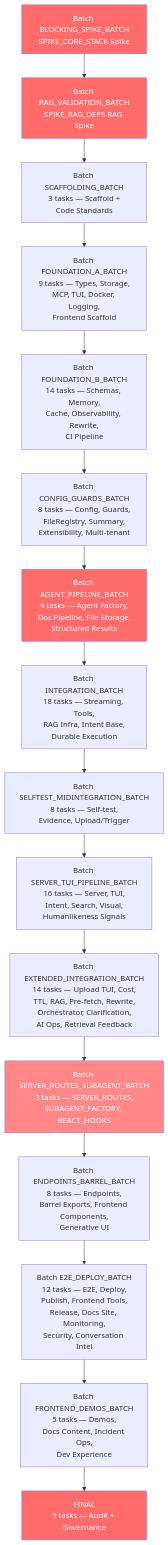
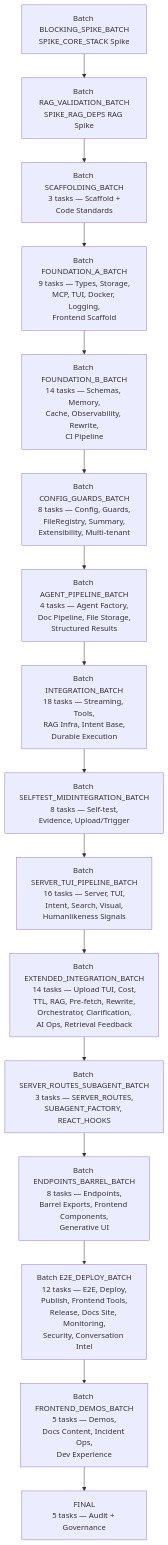
The fourth of 10 diagrams in plan/execution.md (1qh/safeagent), drawn with Mermaid before and after one commit. The commit also changed other lines of this file and 43 other files, not shown here.

Commit message:
Phase 3 compression: strip non-semantic separators and Mermaid style metadata

````diff
--- a/plan/execution.md
+++ b/plan/execution.md
@@ -502,27 +456,22 @@
 ```mermaid
 graph TB
     BATCH_SPIKE["Batch BLOCKING_SPIKE_BATCH<br/>SPIKE_CORE_STACK Spike"]
     BATCH_RAG_SPIKE["Batch RAG_VALIDATION_BATCH<br/>SPIKE_RAG_DEPS RAG Spike"]
     BATCH_SCAFFOLD["Batch SCAFFOLDING_BATCH<br/>3 tasks — Scaffold +<br/>Code Standards"]
     BATCH_TYPES_STORAGE["Batch FOUNDATION_A_BATCH<br/>9 tasks — Types, Storage,<br/>MCP, TUI, Docker, Logging,<br/>Frontend Scaffold"]
     BATCH_SCHEMAS_MEMORY["Batch FOUNDATION_B_BATCH<br/>14 tasks — Schemas, Memory,<br/>Cache, Observability, Rewrite,<br/>CI Pipeline"]
     BATCH_CONFIG_GUARDS["Batch CONFIG_GUARDS_BATCH<br/>8 tasks — Config, Guards,<br/>FileRegistry, Summary,<br/>Extensibility, Multi-tenant"]
     BATCH_AGENT_DOCS["Batch AGENT_PIPELINE_BATCH<br/>4 tasks — Agent Factory,<br/>Doc Pipeline, File Storage,<br/>Structured Results"]
     BATCH_STREAMING_TOOLS["Batch INTEGRATION_BATCH<br/>18 tasks — Streaming, Tools,<br/>RAG Infra, Intent Base,<br/>Durable Execution"]
     BATCH_EVIDENCE_UPLOAD["Batch SELFTEST_MIDINTEGRATION_BATCH<br/>8 tasks — Self-test,<br/>Evidence, Upload/Trigger"]
     BATCH_SERVER_TUI["Batch SERVER_TUI_PIPELINE_BATCH<br/>16 tasks — Server, TUI,<br/>Intent, Search, Visual,<br/>Humanlikeness Signals"]
     BATCH_UPLOAD_COST["Batch EXTENDED_INTEGRATION_BATCH<br/>14 tasks — Upload TUI, Cost,<br/>TTL, RAG, Pre-fetch, Rewrite,<br/>Orchestrator, Clarification,<br/>AI Ops, Retrieval Feedback"]
     BATCH_ROUTES_SUBAGENT["Batch SERVER_ROUTES_SUBAGENT_BATCH<br/>3 tasks — SERVER_ROUTES,<br/>SUBAGENT_FACTORY, REACT_HOOKS"]
     BATCH_ENDPOINTS["Batch ENDPOINTS_BARREL_BATCH<br/>8 tasks — Endpoints,<br/>Barrel Exports, Frontend Components,<br/>Generative UI"]
     BATCH_END_TO_END_DEPLOY["Batch E2E_DEPLOY_BATCH<br/>12 tasks — E2E, Deploy,<br/>Publish, Frontend Tools,<br/>Release, Docs Site, Monitoring,<br/>Security, Conversation Intel"]
     BATCH_FRONTEND_DEMOS["Batch FRONTEND_DEMOS_BATCH<br/>5 tasks — Demos,<br/>Docs Content, Incident Ops,<br/>Dev Experience"]
     BATCH_FINAL_AUDIT["FINAL<br/>5 tasks — Audit + Governance"]
 
     BATCH_SPIKE --> BATCH_RAG_SPIKE --> BATCH_SCAFFOLD --> BATCH_TYPES_STORAGE --> BATCH_SCHEMAS_MEMORY --> BATCH_CONFIG_GUARDS --> BATCH_AGENT_DOCS --> BATCH_STREAMING_TOOLS --> BATCH_EVIDENCE_UPLOAD --> BATCH_SERVER_TUI --> BATCH_UPLOAD_COST --> BATCH_ROUTES_SUBAGENT --> BATCH_ENDPOINTS --> BATCH_END_TO_END_DEPLOY --> BATCH_FRONTEND_DEMOS --> BATCH_FINAL_AUDIT
 
-    style BATCH_SPIKE fill:#ff6b6b,color:white
-    style BATCH_RAG_SPIKE fill:#ff6b6b,color:white
-    style BATCH_AGENT_DOCS fill:#ff6b6b,color:white
-    style BATCH_ROUTES_SUBAGENT fill:#ff8787,color:white
-    style BATCH_FINAL_AUDIT fill:#ff6b6b,color:white
 ```
````
